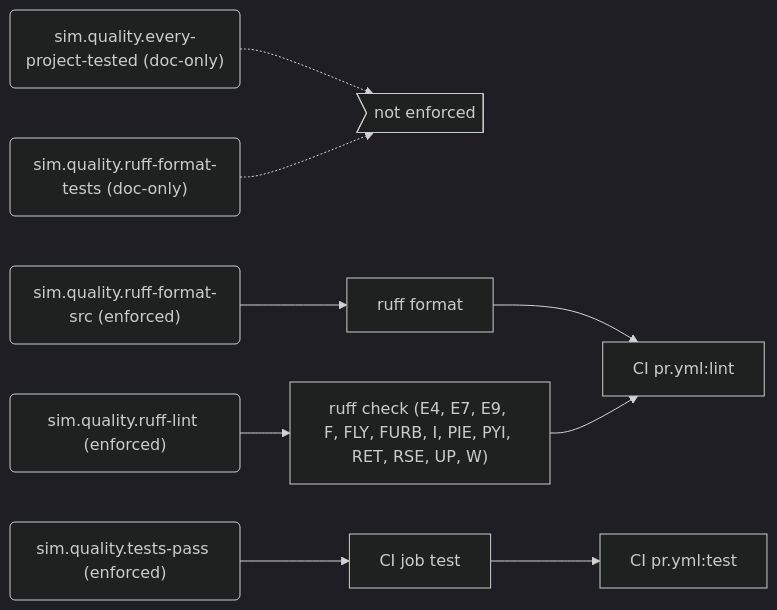
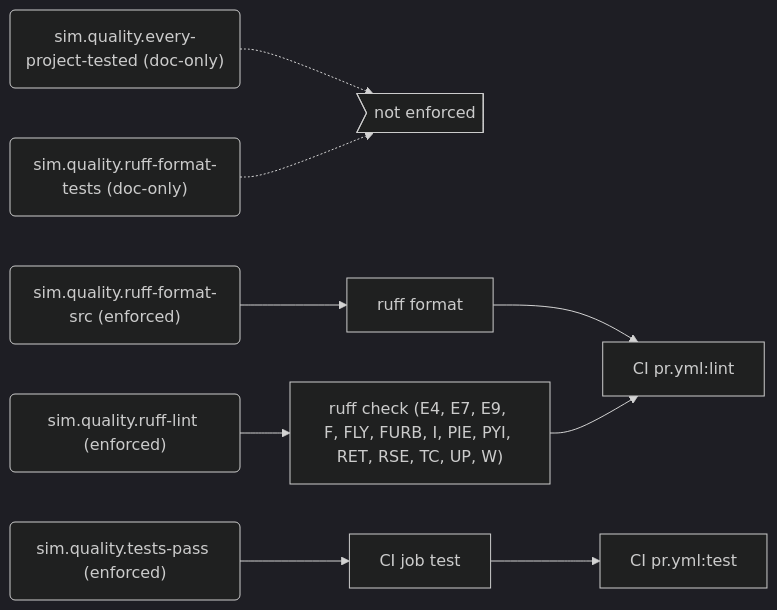
The sixth of 8 diagrams in docs/generated/rules.md (PolicyEngine/policyengine-sim-api), drawn with Mermaid (dark theme) before and after one commit. The commit also changed other lines of this file and 3 other files, not shown here.

Commit message:
Register TC in the enforced ruff lint rule

````diff
--- a/docs/generated/rules.md
+++ b/docs/generated/rules.md
@@ -255,22 +255,22 @@
 ```mermaid
 flowchart LR
   r_sim_quality_every_project_tested("sim.quality.every-project-tested (doc-only)")
   gap_unenforced>"not enforced"]
   r_sim_quality_ruff_format_src("sim.quality.ruff-format-src (enforced)")
   e_ruff_format["ruff format"]
   j_CI_pr_yml_lint["CI pr.yml:lint"]
   r_sim_quality_ruff_format_tests("sim.quality.ruff-format-tests (doc-only)")
   r_sim_quality_ruff_lint("sim.quality.ruff-lint (enforced)")
-  e_ruff_check__E4__E7__E9__F__FLY__FURB__I__PIE__PYI__RET__RSE__UP__W_["ruff check (E4, E7, E9, F, FLY, FURB, I, PIE, PYI, RET, RSE, UP, W)"]
+  e_ruff_check__E4__E7__E9__F__FLY__FURB__I__PIE__PYI__RET__RSE__TC__UP__W_["ruff check (E4, E7, E9, F, FLY, FURB, I, PIE, PYI, RET, RSE, TC, UP, W)"]
   r_sim_quality_tests_pass("sim.quality.tests-pass (enforced)")
   e_CI_job_test["CI job test"]
   j_CI_pr_yml_test["CI pr.yml:test"]
   r_sim_quality_every_project_tested -.-> gap_unenforced
   r_sim_quality_ruff_format_src --> e_ruff_format
   e_ruff_format --> j_CI_pr_yml_lint
   r_sim_quality_ruff_format_tests -.-> gap_unenforced
-  r_sim_quality_ruff_lint --> e_ruff_check__E4__E7__E9__F__FLY__FURB__I__PIE__PYI__RET__RSE__UP__W_
-  e_ruff_check__E4__E7__E9__F__FLY__FURB__I__PIE__PYI__RET__RSE__UP__W_ --> j_CI_pr_yml_lint
+  r_sim_quality_ruff_lint --> e_ruff_check__E4__E7__E9__F__FLY__FURB__I__PIE__PYI__RET__RSE__TC__UP__W_
+  e_ruff_check__E4__E7__E9__F__FLY__FURB__I__PIE__PYI__RET__RSE__TC__UP__W_ --> j_CI_pr_yml_lint
   r_sim_quality_tests_pass --> e_CI_job_test
   e_CI_job_test --> j_CI_pr_yml_test
 ```
````
